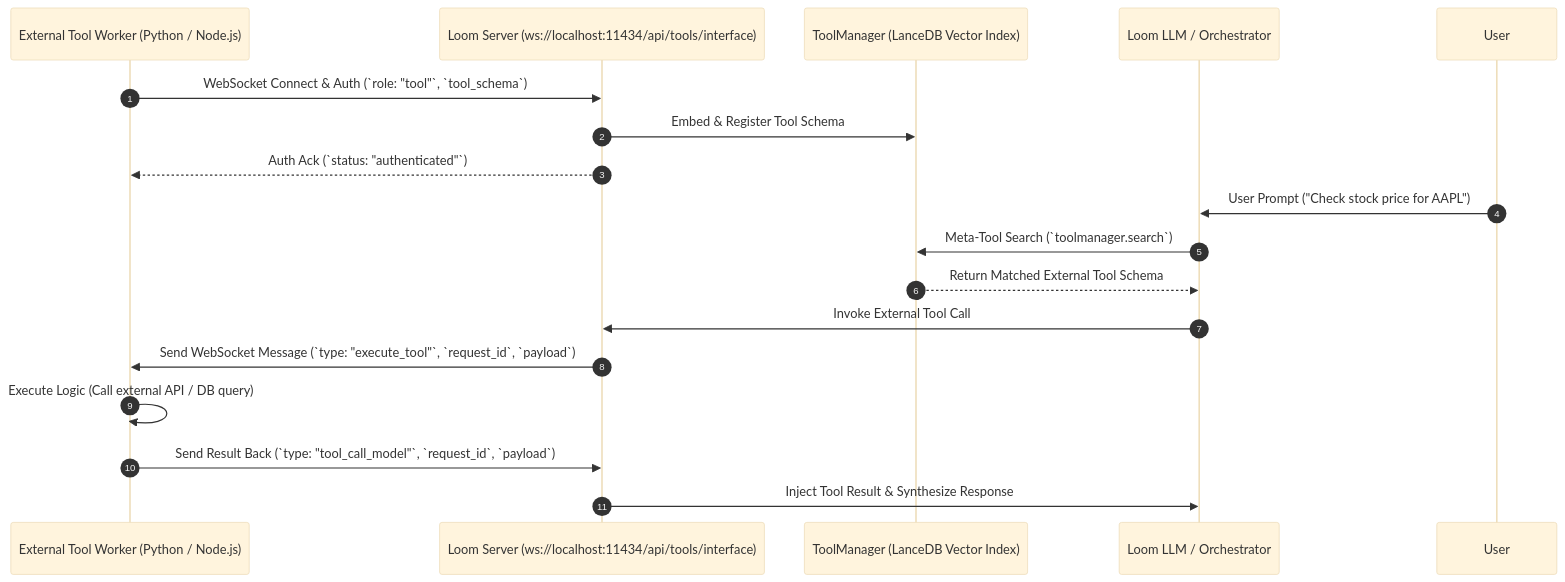
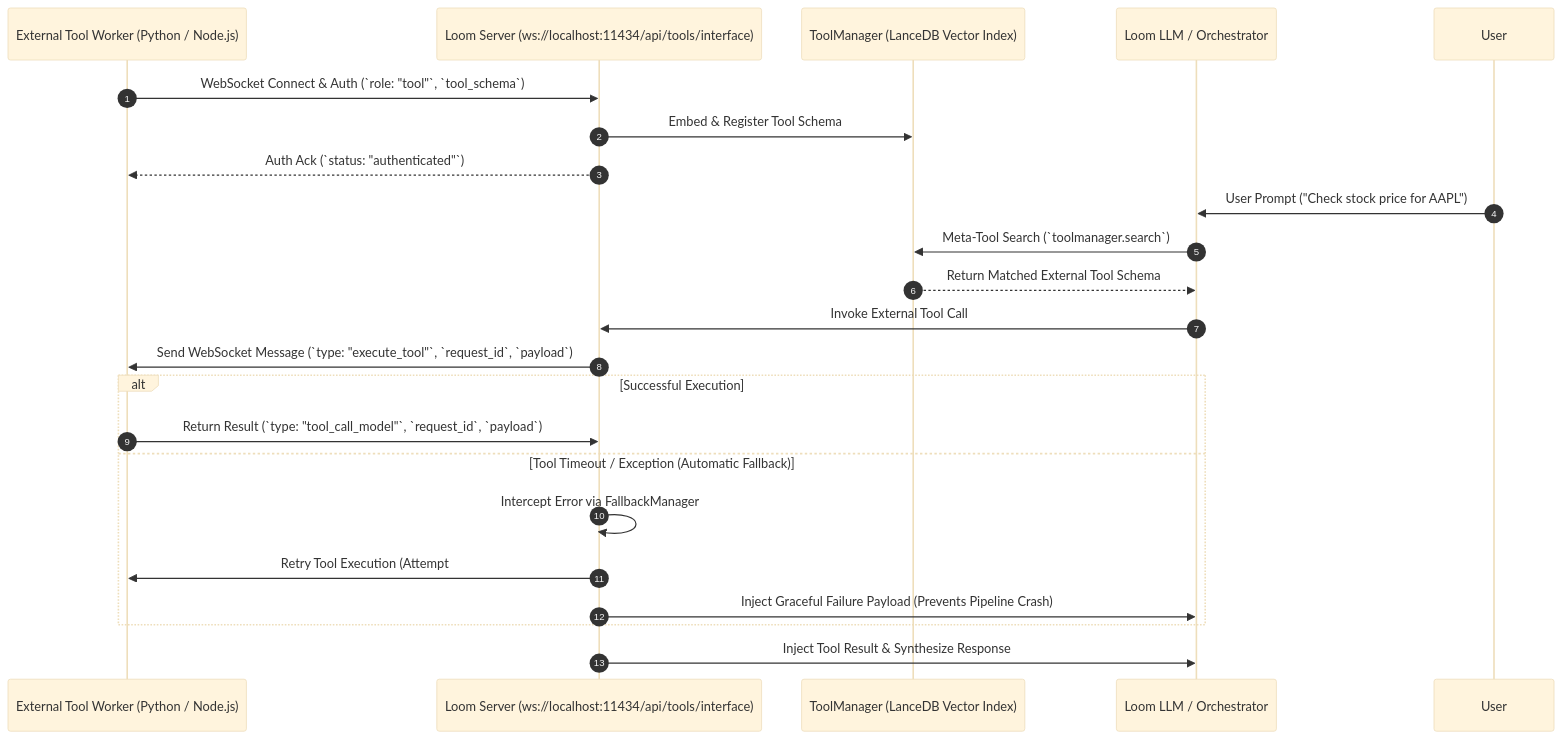
Before and after one commit to tuhin-su/ollama-enterprise-runtime: the diagram in docs/external-tools-guide.md, drawn with Mermaid (base theme). The commit also changed other lines of this file, not shown here.

Commit message:
docs: add tool fallback system and error recovery specifications to external tools guide

````diff
--- a/docs/external-tools-guide.md
+++ b/docs/external-tools-guide.md
@@ -13,22 +13,29 @@
 ```mermaid
 sequenceDiagram
     autonumber
     participant Tool as External Tool Worker (Python / Node.js)
     participant Loom as Loom Server (ws://localhost:11434/api/tools/interface)
     participant RAG as ToolManager (LanceDB Vector Index)
     participant Model as Loom LLM / Orchestrator
 
     Tool->>Loom: WebSocket Connect & Auth (`role: "tool"`, `tool_schema`)
     Loom->>RAG: Embed & Register Tool Schema
     Loom-->>Tool: Auth Ack (`status: "authenticated"`)
 
     User->>Model: User Prompt ("Check stock price for AAPL")
     Model->>RAG: Meta-Tool Search (`toolmanager.search`)
     RAG-->>Model: Return Matched External Tool Schema
     Model->>Loom: Invoke External Tool Call
 
     Loom->>Tool: Send WebSocket Message (`type: "execute_tool"`, `request_id`, `payload`)
-    Tool->>Tool: Execute Logic (Call external API / DB query)
-    Tool->>Loom: Send Result Back (`type: "tool_call_model"`, `request_id`, `payload`)
+    
+    alt Successful Execution
+        Tool->>Loom: Return Result (`type: "tool_call_model"`, `request_id`, `payload`)
+    else Tool Timeout / Exception (Automatic Fallback)
+        Loom->>Loom: Intercept Error via FallbackManager
+        Loom->>Tool: Retry Tool Execution (Attempt #2)
+        Loom->>Model: Inject Graceful Failure Payload (Prevents Pipeline Crash)
+    end
+
     Loom->>Model: Inject Tool Result & Synthesize Response
 ```
````
